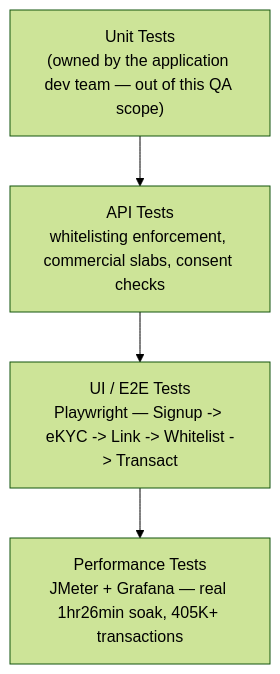
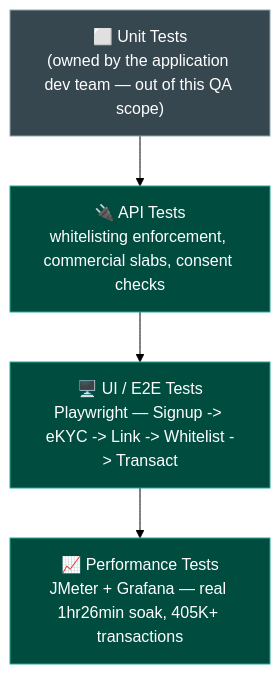
One commit to ghanendra-sdet/fintech-connected-banking-platform changed the first of 2 diagrams in docs/tech-and-skills.md. Above: the diagram before and after it, drawn with Mermaid (forest theme). The commit also changed other lines of this file, not shown here.

Commit message:
docs: enhance testing pyramid and CI/CD diagrams with semantic coloring

````diff
--- a/docs/tech-and-skills.md
+++ b/docs/tech-and-skills.md
@@ -38,8 +38,14 @@
 ```mermaid
 flowchart TD
-    UNIT["Unit Tests<br/>(owned by the application dev team — out of this QA scope)"]
-    API["API Tests<br/>whitelisting enforcement, commercial slabs, consent checks"]
-    UI["UI / E2E Tests<br/>Playwright — Signup -> eKYC -> Link -> Whitelist -> Transact"]
-    PERF["Performance Tests<br/>JMeter + Grafana — real 1hr26min soak, 405K+ transactions"]
+    UNIT["⬜ Unit Tests<br/>(owned by the application dev team — out of this QA scope)"]
+    API["🔌 API Tests<br/>whitelisting enforcement, commercial slabs, consent checks"]
+    UI["🖥️ UI / E2E Tests<br/>Playwright — Signup -> eKYC -> Link -> Whitelist -> Transact"]
+    PERF["📈 Performance Tests<br/>JMeter + Grafana — real 1hr26min soak, 405K+ transactions"]
     UNIT --> API --> UI --> PERF
+
+    classDef outOfScope fill:#37474f,color:#fff,stroke:#90a4ae,stroke-width:1px
+    classDef inScope fill:#004d40,color:#fff,stroke:#26a69a,stroke-width:1px
+
+    class UNIT outOfScope
+    class API,UI,PERF inScope
 ```
````
